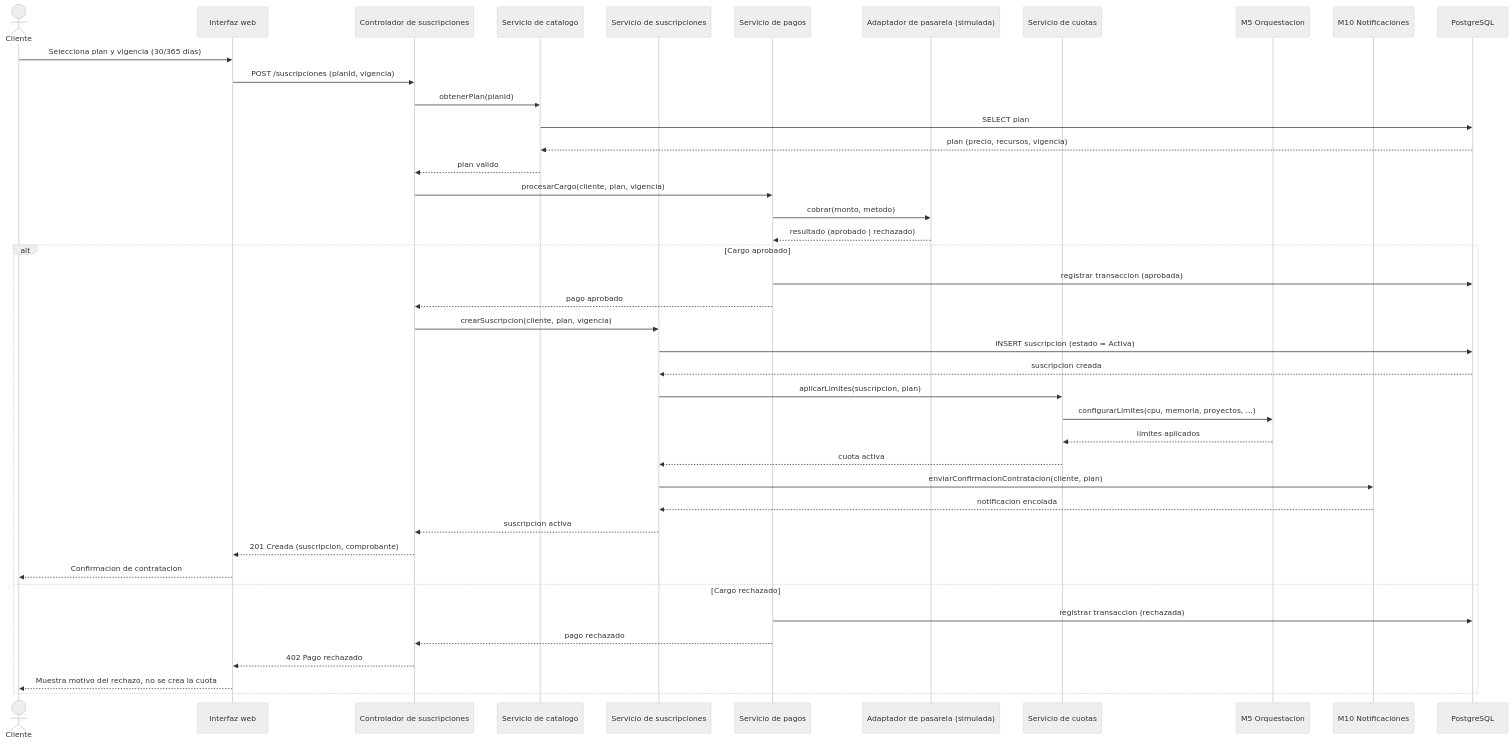
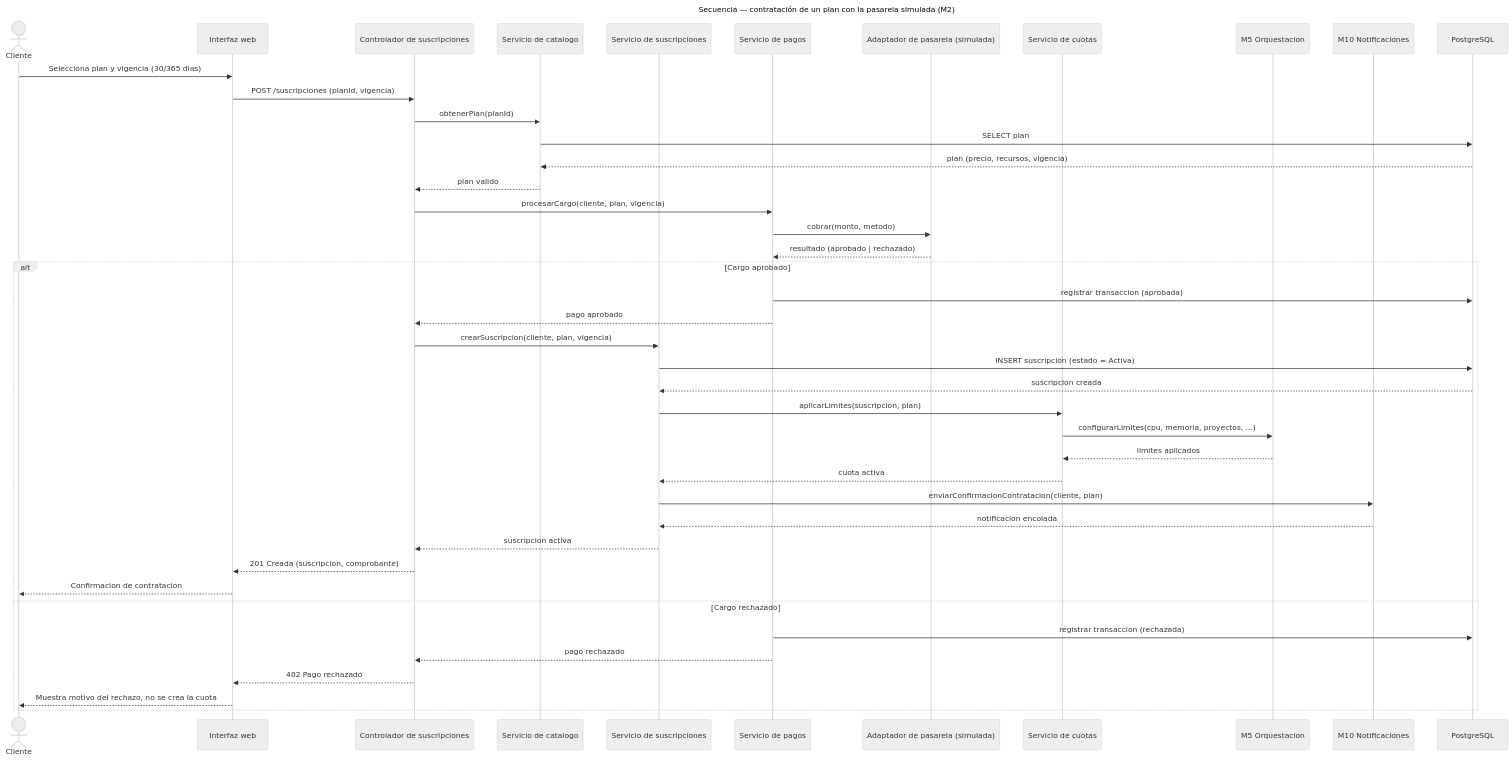
One commit to derekCmorales/deploya changed the diagram in docs/diagramas/m1-m10/m2-secuencia-contratacion-plan.mmd. Above: the diagram before and after it, drawn with Mermaid (neutral theme). The commit also changed 100 other files, not shown here.

```diff
--- a/docs/diagramas/m1-m10/m2-secuencia-contratacion-plan.mmd
+++ b/docs/diagramas/m1-m10/m2-secuencia-contratacion-plan.mmd
@@ -1,49 +1,52 @@
+---
+title: Secuencia — contratación de un plan con la pasarela simulada (M2)
+---
 sequenceDiagram
     actor Cliente
     participant UI as Interfaz web
     participant SubCtrl as Controlador de suscripciones
     participant Catalogo as Servicio de catalogo
     participant Suscripcion as Servicio de suscripciones
     participant Pagos as Servicio de pagos
     participant Pasarela as Adaptador de pasarela (simulada)
     participant Cuotas as Servicio de cuotas
     participant Orquesta as M5 Orquestacion
     participant Notif as M10 Notificaciones
     participant BD as PostgreSQL
 
     Cliente->>UI: Selecciona plan y vigencia (30/365 dias)
     UI->>SubCtrl: POST /suscripciones (planId, vigencia)
     SubCtrl->>Catalogo: obtenerPlan(planId)
     Catalogo->>BD: SELECT plan
     BD-->>Catalogo: plan (precio, recursos, vigencia)
     Catalogo-->>SubCtrl: plan valido
 
     SubCtrl->>Pagos: procesarCargo(cliente, plan, vigencia)
     Pagos->>Pasarela: cobrar(monto, metodo)
     Pasarela-->>Pagos: resultado (aprobado | rechazado)
 
     alt Cargo aprobado
         Pagos->>BD: registrar transaccion (aprobada)
         Pagos-->>SubCtrl: pago aprobado
 
         SubCtrl->>Suscripcion: crearSuscripcion(cliente, plan, vigencia)
         Suscripcion->>BD: INSERT suscripcion (estado = Activa)
         BD-->>Suscripcion: suscripcion creada
 
         Suscripcion->>Cuotas: aplicarLimites(suscripcion, plan)
         Cuotas->>Orquesta: configurarLimites(cpu, memoria, proyectos, ...)
         Orquesta-->>Cuotas: limites aplicados
         Cuotas-->>Suscripcion: cuota activa
 
         Suscripcion->>Notif: enviarConfirmacionContratacion(cliente, plan)
         Notif-->>Suscripcion: notificacion encolada
 
         Suscripcion-->>SubCtrl: suscripcion activa
         SubCtrl-->>UI: 201 Creada (suscripcion, comprobante)
         UI-->>Cliente: Confirmacion de contratacion
     else Cargo rechazado
         Pagos->>BD: registrar transaccion (rechazada)
         Pagos-->>SubCtrl: pago rechazado
         SubCtrl-->>UI: 402 Pago rechazado
         UI-->>Cliente: Muestra motivo del rechazo, no se crea la cuota
     end
```
